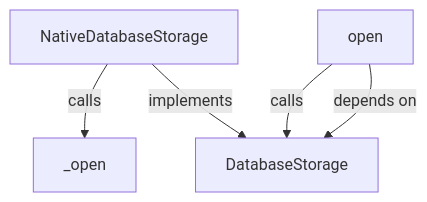
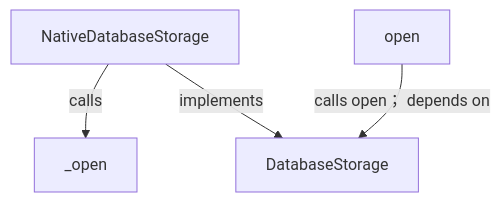
One commit to GreenPandaStudios/augscript changed the first of 6 diagrams in docs/examples/native-sqlite/dependencies/packages/@greenpandastudios/aug-sqlite/0.1.5/api-diagrams.md. Above: the diagram before and after it, drawn with Mermaid. The commit also changed other lines of this file and 304 other files, not shown here.

Commit message:
Make generated data-flow sequences concise and review every diagram

````diff
--- a/docs/examples/native-sqlite/dependencies/packages/@greenpandastudios/aug-sqlite/0.1.5/api-diagrams.md
+++ b/docs/examples/native-sqlite/dependencies/packages/@greenpandastudios/aug-sqlite/0.1.5/api-diagrams.md
@@ -19,11 +19,10 @@
 ```mermaid
 flowchart TD
     n0["NativeDatabaseStorage"]
     n1["_open"]
     n2["open"]
     n3["DatabaseStorage"]
     n0 -->|"calls"| n1
     n0 -->|"implements"| n3
-    n2 -->|"calls"| n3
-    n2 -->|"depends on"| n3
+    n2 -->|"calls open； depends on"| n3
 ```
````
